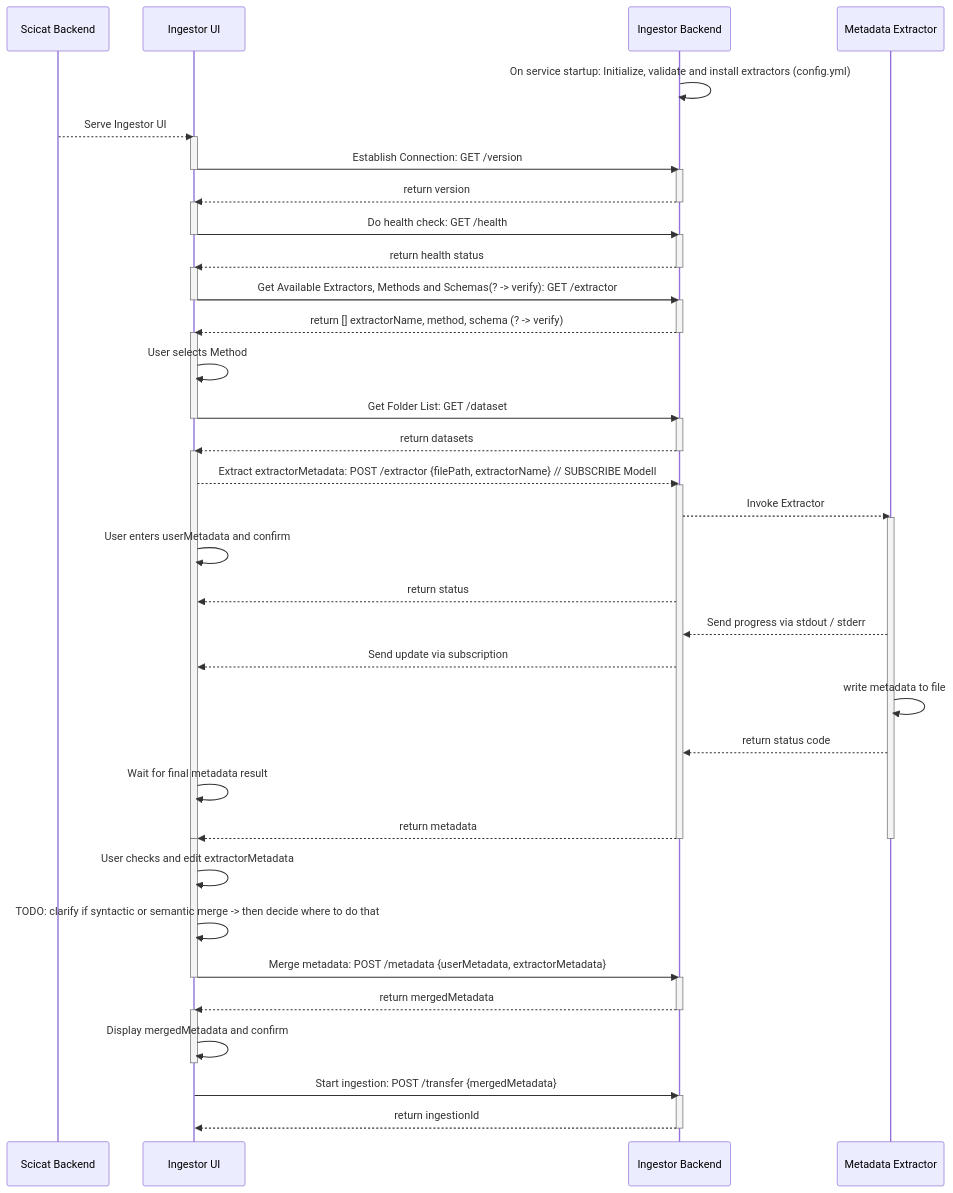
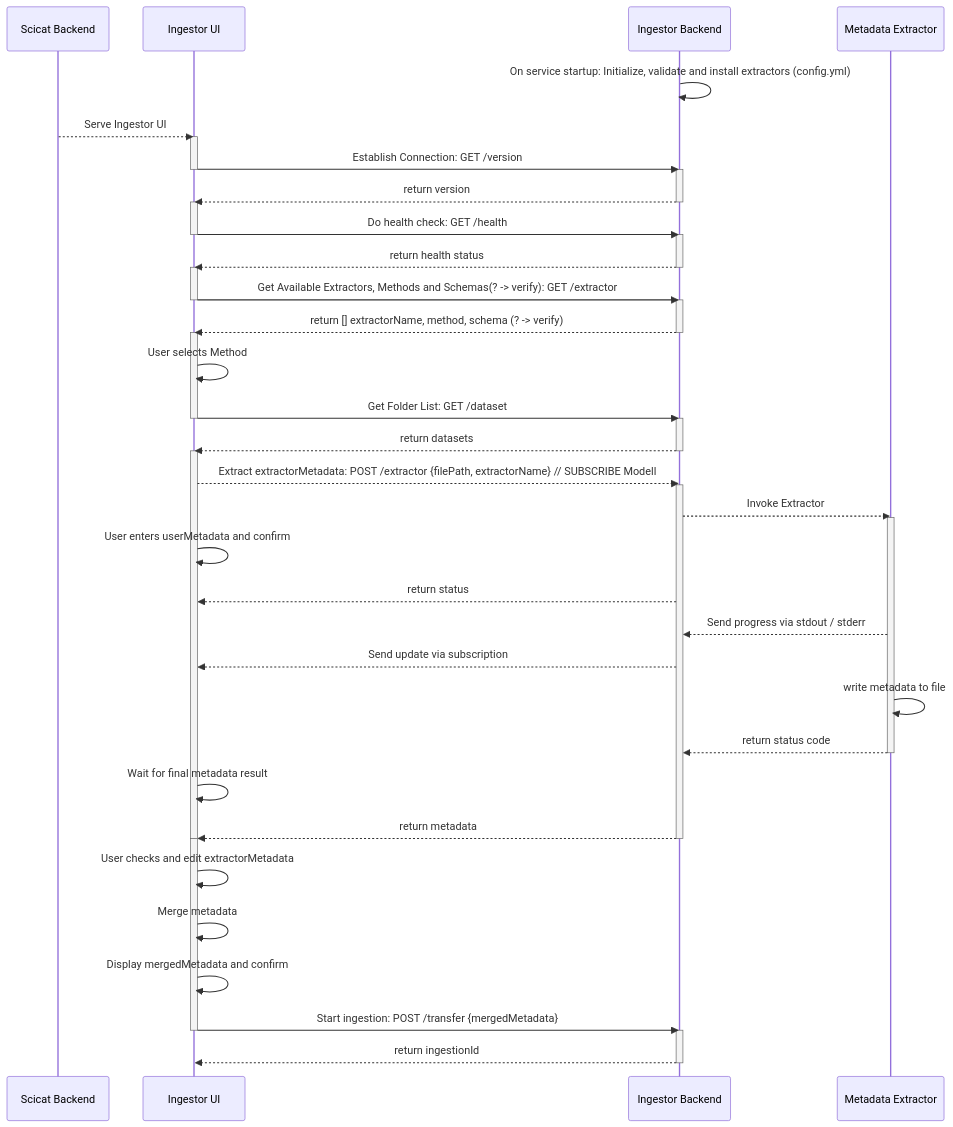
One commit to SwissOpenEM/openem-docs changed the diagram in docs/developer_docs/uiWorkflowSequence.md. Above: the diagram before and after it, drawn with Mermaid.

````diff
--- a/docs/developer_docs/uiWorkflowSequence.md
+++ b/docs/developer_docs/uiWorkflowSequence.md
@@ -21,68 +21,62 @@
 ```mermaid
 sequenceDiagram
   participant S as Scicat Backend
   participant U as Ingestor UI 
   participant B as Ingestor Backend 
   participant M as Metadata Extractor
     B ->> B: On service startup: Initialize, validate and install extractors (config.yml)
     S -->> U: Serve Ingestor UI
     activate U
     U ->> B: Establish Connection: GET /version
     deactivate U
     activate B
     B -->> U: return version
     deactivate B
     activate U
     U ->> B: Do health check: GET /health
     deactivate U
     activate B
     B -->> U: return health status
     deactivate B
     activate U
     U ->> B: Get Available Extractors, Methods and Schemas(? -> verify): GET /extractor
     deactivate U
     activate B
     B -->> U: return [] extractorName, method, schema (? -> verify)
     deactivate B
     activate U
     U ->> U: User selects Method
     U ->> B: Get Folder List: GET /dataset
     deactivate U
     activate B
     B -->> U: return datasets
     deactivate B
 
     activate U
     U -->> B: Extract extractorMetadata: POST /extractor {filePath, extractorName} // SUBSCRIBE Modell
     activate B
     B -->> M: Invoke Extractor
     activate M
     U ->> U: User enters userMetadata and confirm
     B -->> U: return status
     M -->> B: Send progress via stdout / stderr
     B -->> U: Send update via subscription
     M ->> M: write metadata to file
     M -->> B: return status code
+    deactivate M
     U ->> U: Wait for final metadata result
     B -->> U: return metadata
-    deactivate M
     deactivate B
     deactivate U
 
     activate U
     U ->> U: User checks and edit extractorMetadata
-    U ->> U: TODO: clarify if syntactic or semantic merge -> then decide where to do that
-    U ->> B: Merge metadata: POST /metadata {userMetadata, extractorMetadata}
+    U ->> U: Merge metadata
+    U ->> U: Display mergedMetadata and confirm
+    U ->> B: Start ingestion: POST /transfer {mergedMetadata}
     deactivate U
-    activate B
-    B -->> U: return mergedMetadata
-    deactivate B
-    activate U
-    U ->> U: Display mergedMetadata and confirm
-    deactivate U
-    U ->> B: Start ingestion: POST /transfer {mergedMetadata}
     activate B
     B -->> U: return ingestionId
     deactivate B
     
 ```
````
